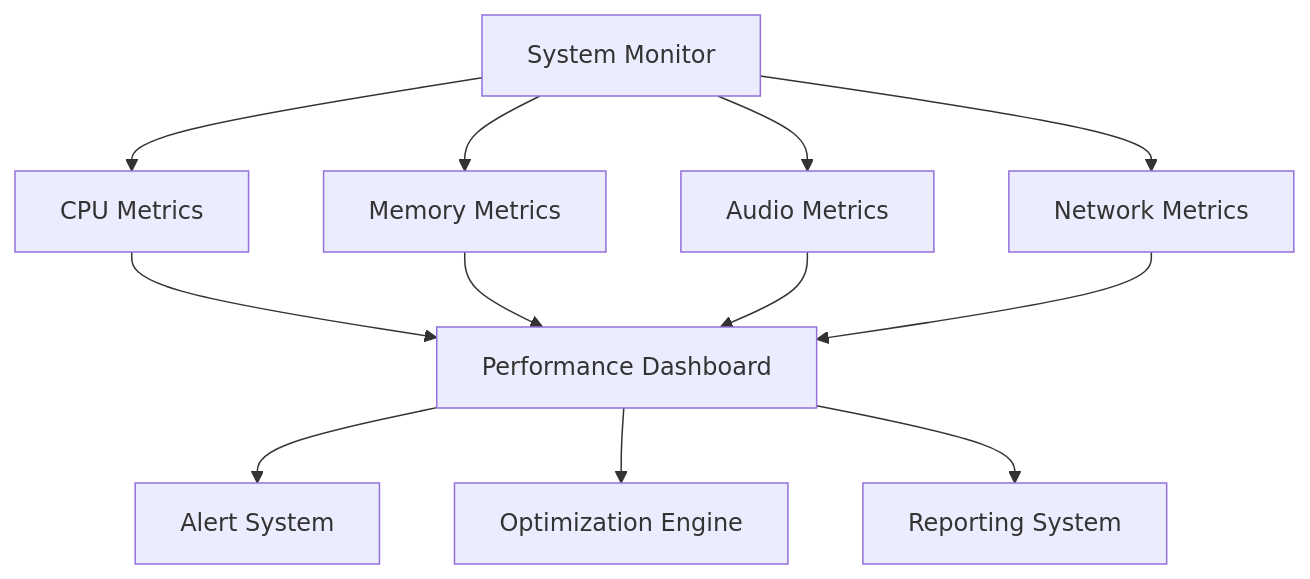
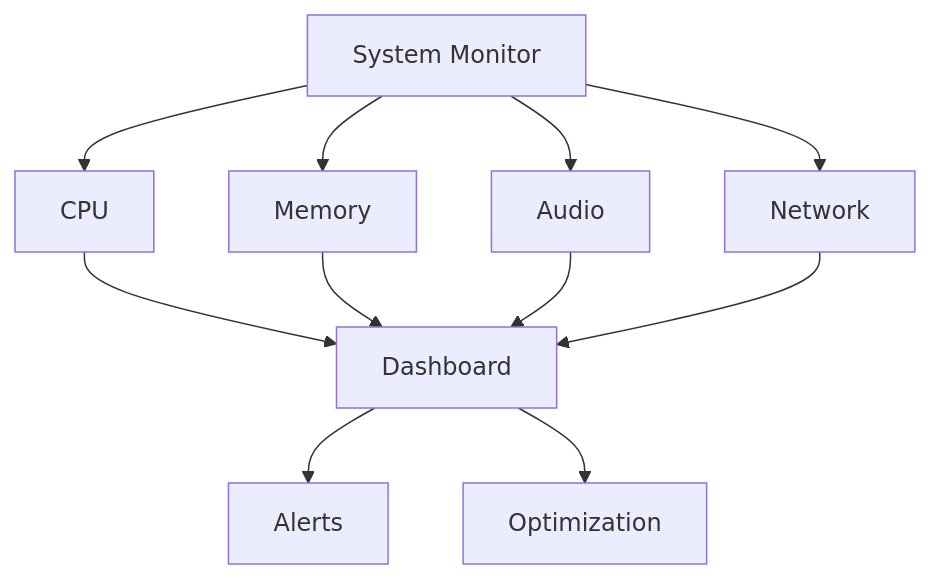
The ninth of 9 diagrams in README.md (statesflowwishes-sketch/4a3C5u2S7T1i3C), drawn with Mermaid before and after one commit. The commit also changed other lines of this file, not shown here.

First line of the commit message:
🔧 Fix Mermaid Rendering Issues: Simplified Complex Diagrams

````diff
--- a/README.md
+++ b/README.md
@@ -814,16 +797,15 @@
 ```mermaid
-graph TD
-    A[System Monitor] --> B[CPU Metrics]
-    A --> C[Memory Metrics]
-    A --> D[Audio Metrics]
-    A --> E[Network Metrics]
+flowchart TD
+    A[System Monitor] --> B[CPU]
+    A --> C[Memory]
+    A --> D[Audio]
+    A --> E[Network]
     
-    B --> F[Performance Dashboard]
+    B --> F[Dashboard]
     C --> F
     D --> F
     E --> F
     
-    F --> G[Alert System]
-    F --> H[Optimization Engine]
-    F --> I[Reporting System]
+    F --> G[Alerts]
+    F --> H[Optimization]
 ```
````
